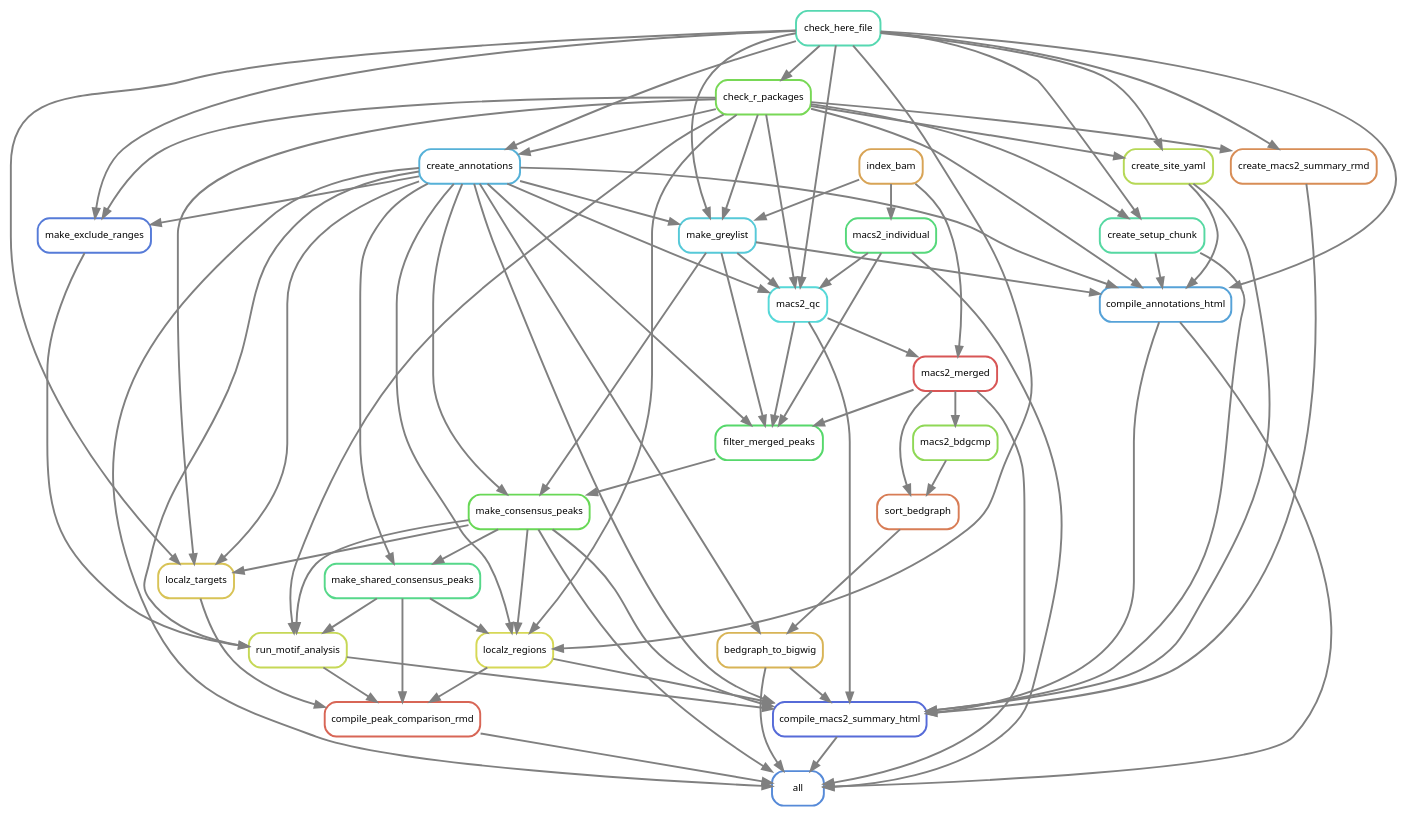
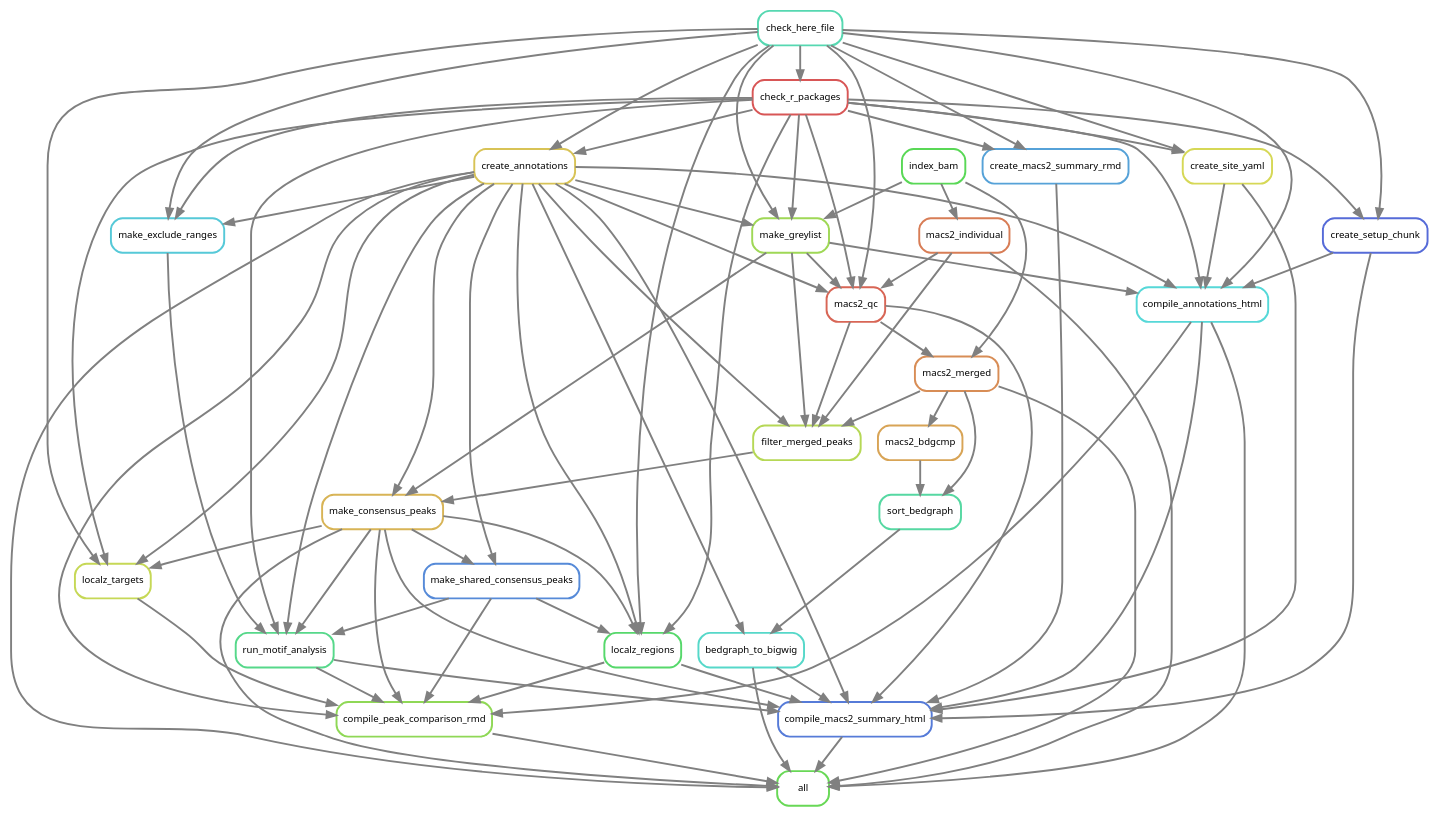
One commit to smped/GRAVI changed the diagram in workflow/rules/rulegraph.dot. Above: the diagram before and after it, drawn with Graphviz. The commit also changed 9 other files, not shown here.

```diff
--- a/workflow/rules/rulegraph.dot
+++ b/workflow/rules/rulegraph.dot
@@ -1,111 +1,114 @@
 digraph snakemake_dag {
     graph[bgcolor=white, margin=0];
     node[shape=box, style=rounded, fontname=sans,                 fontsize=10, penwidth=2];
     edge[penwidth=2, color=grey];
-	0[label = "all", color = "0.60 0.6 0.85", style="rounded"];
-	1[label = "compile_annotations_html", color = "0.57 0.6 0.85", style="rounded"];
+	0[label = "all", color = "0.31 0.6 0.85", style="rounded"];
+	1[label = "compile_annotations_html", color = "0.50 0.6 0.85", style="rounded"];
 	2[label = "check_here_file", color = "0.45 0.6 0.85", style="rounded"];
-	3[label = "check_r_packages", color = "0.29 0.6 0.85", style="rounded"];
-	4[label = "index_bam", color = "0.10 0.6 0.85", style="rounded"];
-	5[label = "make_greylist", color = "0.52 0.6 0.85", style="rounded"];
-	6[label = "create_annotations", color = "0.55 0.6 0.85", style="rounded"];
-	7[label = "create_setup_chunk", color = "0.43 0.6 0.85", style="rounded"];
-	8[label = "create_site_yaml", color = "0.21 0.6 0.85", style="rounded"];
-	9[label = "compile_macs2_summary_html", color = "0.64 0.6 0.85", style="rounded"];
-	10[label = "bedgraph_to_bigwig", color = "0.12 0.6 0.85", style="rounded"];
-	11[label = "sort_bedgraph", color = "0.05 0.6 0.85", style="rounded"];
-	12[label = "macs2_merged", color = "0.00 0.6 0.85", style="rounded"];
-	13[label = "macs2_qc", color = "0.50 0.6 0.85", style="rounded"];
-	14[label = "macs2_individual", color = "0.38 0.6 0.85", style="rounded"];
-	15[label = "make_consensus_peaks", color = "0.31 0.6 0.85", style="rounded"];
-	16[label = "filter_merged_peaks", color = "0.36 0.6 0.85", style="rounded"];
-	17[label = "localz_regions", color = "0.17 0.6 0.85", style="rounded"];
-	18[label = "run_motif_analysis", color = "0.19 0.6 0.85", style="rounded"];
-	19[label = "make_exclude_ranges", color = "0.62 0.6 0.85", style="rounded"];
-	20[label = "create_macs2_summary_rmd", color = "0.07 0.6 0.85", style="rounded"];
-	21[label = "compile_peak_comparison_rmd", color = "0.02 0.6 0.85", style="rounded"];
-	22[label = "make_shared_consensus_peaks", color = "0.40 0.6 0.85", style="rounded"];
-	23[label = "localz_targets", color = "0.14 0.6 0.85", style="rounded"];
-	24[label = "macs2_bdgcmp", color = "0.26 0.6 0.85", style="rounded"];
-	15 -> 0
+	3[label = "check_r_packages", color = "0.00 0.6 0.85", style="rounded"];
+	4[label = "index_bam", color = "0.33 0.6 0.85", style="rounded"];
+	5[label = "make_greylist", color = "0.24 0.6 0.85", style="rounded"];
+	6[label = "create_annotations", color = "0.14 0.6 0.85", style="rounded"];
+	7[label = "create_setup_chunk", color = "0.64 0.6 0.85", style="rounded"];
+	8[label = "create_site_yaml", color = "0.17 0.6 0.85", style="rounded"];
+	9[label = "compile_macs2_summary_html", color = "0.62 0.6 0.85", style="rounded"];
+	10[label = "bedgraph_to_bigwig", color = "0.48 0.6 0.85", style="rounded"];
+	11[label = "sort_bedgraph", color = "0.43 0.6 0.85", style="rounded"];
+	12[label = "macs2_merged", color = "0.07 0.6 0.85", style="rounded"];
+	13[label = "macs2_qc", color = "0.02 0.6 0.85", style="rounded"];
+	14[label = "macs2_individual", color = "0.05 0.6 0.85", style="rounded"];
+	15[label = "make_consensus_peaks", color = "0.12 0.6 0.85", style="rounded"];
+	16[label = "filter_merged_peaks", color = "0.21 0.6 0.85", style="rounded"];
+	17[label = "localz_regions", color = "0.36 0.6 0.85", style="rounded"];
+	18[label = "run_motif_analysis", color = "0.40 0.6 0.85", style="rounded"];
+	19[label = "make_exclude_ranges", color = "0.52 0.6 0.85", style="rounded"];
+	20[label = "create_macs2_summary_rmd", color = "0.57 0.6 0.85", style="rounded"];
+	21[label = "compile_peak_comparison_rmd", color = "0.26 0.6 0.85", style="rounded"];
+	22[label = "make_shared_consensus_peaks", color = "0.60 0.6 0.85", style="rounded"];
+	23[label = "localz_targets", color = "0.19 0.6 0.85", style="rounded"];
+	24[label = "macs2_bdgcmp", color = "0.10 0.6 0.85", style="rounded"];
+	14 -> 0
 	12 -> 0
 	21 -> 0
 	1 -> 0
 	6 -> 0
+	15 -> 0
 	9 -> 0
 	10 -> 0
-	14 -> 0
 	3 -> 1
-	8 -> 1
-	7 -> 1
+	5 -> 1
 	2 -> 1
 	6 -> 1
-	5 -> 1
+	7 -> 1
+	8 -> 1
 	2 -> 3
+	2 -> 5
 	4 -> 5
+	6 -> 5
 	3 -> 5
-	2 -> 5
-	6 -> 5
 	3 -> 6
 	2 -> 6
 	3 -> 7
 	2 -> 7
 	3 -> 8
 	2 -> 8
+	13 -> 9
+	20 -> 9
 	18 -> 9
 	15 -> 9
+	1 -> 9
+	6 -> 9
+	10 -> 9
+	7 -> 9
 	8 -> 9
-	7 -> 9
-	1 -> 9
-	13 -> 9
-	6 -> 9
-	20 -> 9
-	10 -> 9
 	17 -> 9
+	6 -> 10
 	11 -> 10
-	6 -> 10
 	12 -> 11
 	24 -> 11
+	13 -> 12
 	4 -> 12
-	13 -> 12
 	3 -> 13
+	14 -> 13
+	5 -> 13
 	2 -> 13
 	6 -> 13
-	5 -> 13
-	14 -> 13
 	4 -> 14
+	16 -> 15
+	6 -> 15
 	5 -> 15
-	6 -> 15
-	16 -> 15
+	13 -> 16
+	14 -> 16
 	12 -> 16
-	13 -> 16
 	5 -> 16
 	6 -> 16
-	14 -> 16
 	3 -> 17
 	22 -> 17
+	2 -> 17
 	15 -> 17
-	2 -> 17
 	6 -> 17
 	3 -> 18
 	22 -> 18
 	15 -> 18
 	6 -> 18
 	19 -> 18
 	3 -> 19
 	2 -> 19
 	6 -> 19
 	3 -> 20
 	2 -> 20
+	23 -> 21
+	22 -> 21
 	18 -> 21
-	22 -> 21
-	23 -> 21
+	1 -> 21
+	6 -> 21
+	15 -> 21
 	17 -> 21
 	15 -> 22
 	6 -> 22
 	3 -> 23
 	2 -> 23
 	15 -> 23
 	6 -> 23
 	12 -> 24
 }            
```
